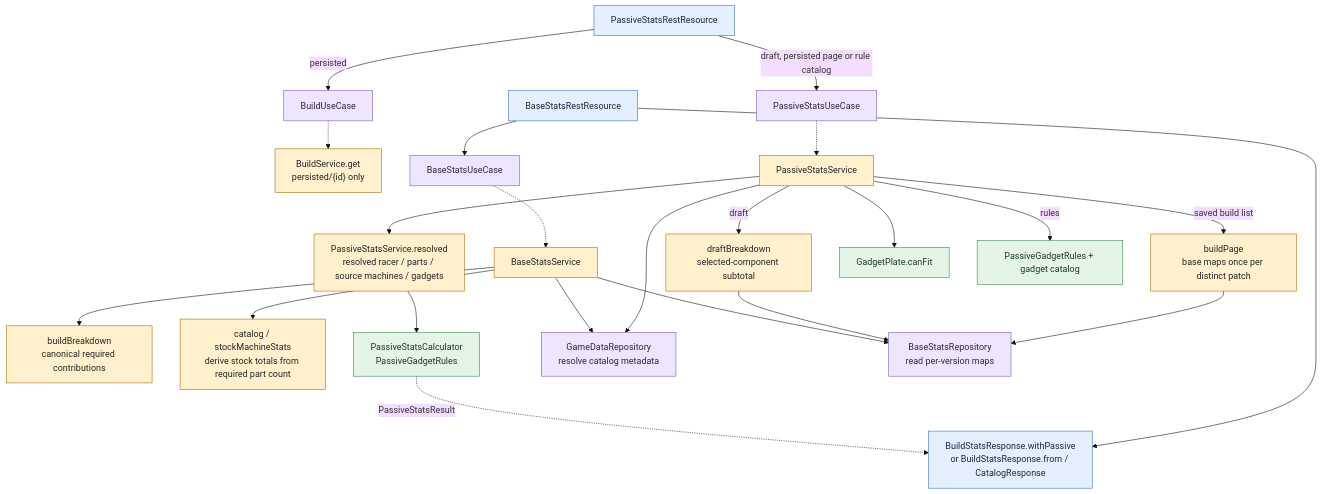
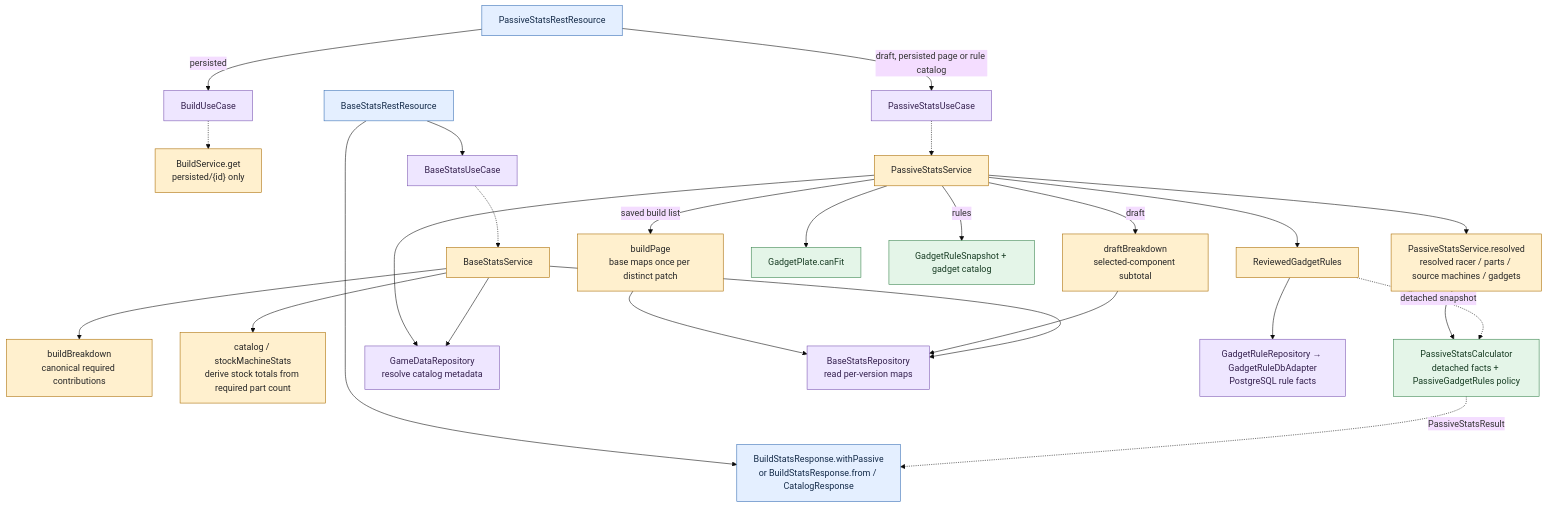
Diagram 13 of 31 in docs/architecture-atlas.md (alexungu04genoff/RingLab), drawn with Mermaid (base theme) before and after one commit. The commit also changed other lines of this file and 66 other files, not shown here.

Commit message:
feat(game-data): externalize versioned gadget rule facts

````diff
--- a/docs/architecture-atlas.md
+++ b/docs/architecture-atlas.md
@@ -736,39 +763,42 @@
 ```mermaid
 flowchart TB
   br["BaseStatsRestResource"]:::rest
   pr["PassiveStatsRestResource"]:::rest
   bs["BuildService.get<br/>persisted/{id} only"]:::app
   base["BaseStatsService"]:::app
   passive["PassiveStatsService"]:::app
   build["buildBreakdown<br/>canonical required contributions"]:::app
   draft["draftBreakdown<br/>selected-component subtotal"]:::app
   page["buildPage<br/>base maps once per distinct patch"]:::app
   cat["catalog / stockMachineStats<br/>derive stock totals from required part count"]:::app
   resolved["PassiveStatsService.resolved<br/>resolved racer / parts / source machines / gadgets"]:::app
   plate["GadgetPlate.canFit"]:::domain
-  calc["PassiveStatsCalculator<br/>PassiveGadgetRules"]:::domain
+  calc["PassiveStatsCalculator<br/>detached facts + PassiveGadgetRules policy"]:::domain
   dto["BuildStatsResponse.withPassive<br/>or BuildStatsResponse.from / CatalogResponse"]:::rest
   game["GameDataRepository<br/>resolve catalog metadata"]:::port
   stats["BaseStatsRepository<br/>read per-version maps"]:::port
   br --> baseInput["BaseStatsUseCase"]:::port -.-> base
   base --> build
   base --> cat
   base --> game
   base --> stats
   pr -->|"persisted"| builds["BuildUseCase"]:::port -.-> bs
   pr -->|"draft, persisted page or rule catalog"| input["PassiveStatsUseCase"]:::port -.-> passive
-  passive -->|"rules"| metadata["PassiveGadgetRules + gadget catalog"]:::domain
+  passive -->|"rules"| metadata["GadgetRuleSnapshot + gadget catalog"]:::domain
+  passive --> reviewed["ReviewedGadgetRules"]:::app
+  reviewed --> rulePort["GadgetRuleRepository → GadgetRuleDbAdapter<br/>PostgreSQL rule facts"]:::port
+  reviewed -.->|"detached snapshot"| calc
   passive -->|"draft"| draft
   passive -->|"saved build list"| page
   passive --> game
   passive --> plate
   draft --> stats
   page --> stats
   passive --> resolved --> calc
   calc -.->|"PassiveStatsResult"| dto
   br --> dto
   classDef rest fill:#e4efff,stroke:#356db4,color:#142b49
   classDef app fill:#fff0ce,stroke:#a96b00,color:#272727
   classDef domain fill:#e4f5e8,stroke:#37834c,color:#183d24
   classDef port fill:#eee6ff,stroke:#7954b1,color:#35214f
 ```
````
